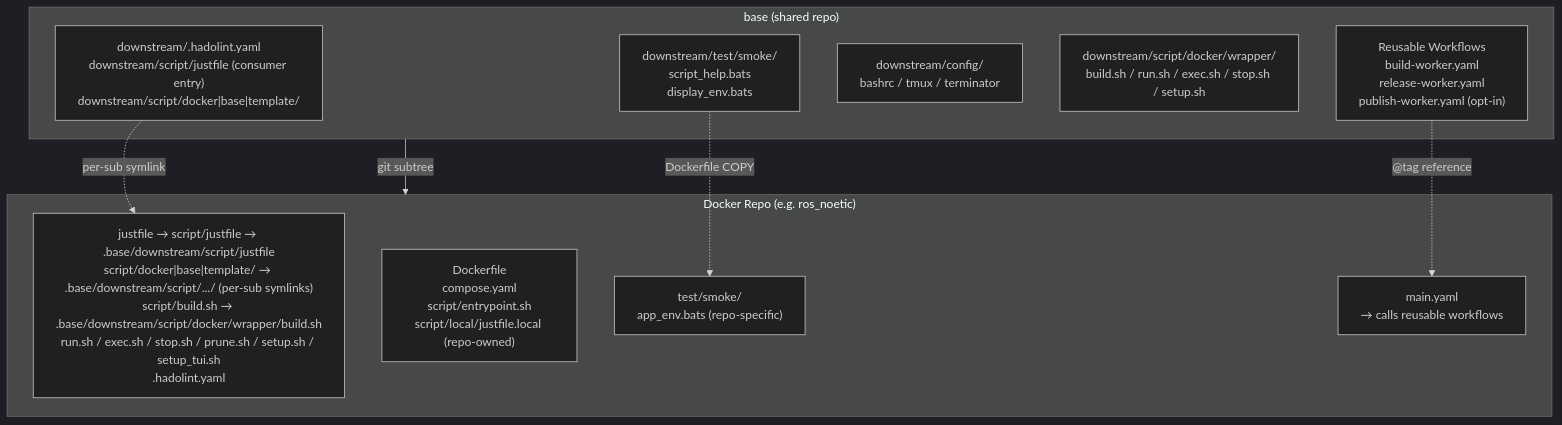
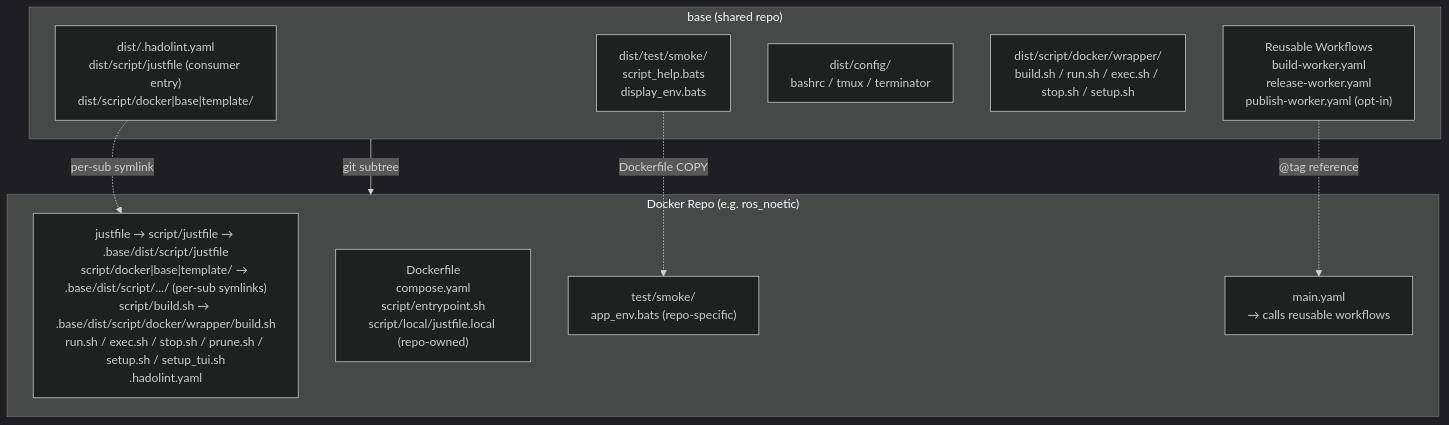
The first of 2 diagrams in README.md (ycpss91255-docker/base), drawn with Mermaid (dark theme) before and after one commit. The commit also changed other lines of this file and 137 other files, not shown here.

First line of the commit message:
refactor: rename downstream/ -> dist/ + lock domain glossary (closes #714) (#715)

````diff
--- a/README.md
+++ b/README.md
@@ -81,22 +81,22 @@
 ```mermaid
 graph TB
     subgraph base["base (shared repo)"]
-        scripts["downstream/.hadolint.yaml<br/>downstream/script/justfile (consumer entry)<br/>downstream/script/docker|base|template/"]
-        smoke["downstream/test/smoke/<br/>script_help.bats<br/>display_env.bats"]
-        config["downstream/config/<br/>bashrc / tmux / terminator"]
-        mgmt["downstream/script/docker/wrapper/<br/>build.sh / run.sh / exec.sh / stop.sh / setup.sh"]
+        scripts["dist/.hadolint.yaml<br/>dist/script/justfile (consumer entry)<br/>dist/script/docker|base|template/"]
+        smoke["dist/test/smoke/<br/>script_help.bats<br/>display_env.bats"]
+        config["dist/config/<br/>bashrc / tmux / terminator"]
+        mgmt["dist/script/docker/wrapper/<br/>build.sh / run.sh / exec.sh / stop.sh / setup.sh"]
         workflows["Reusable Workflows<br/>build-worker.yaml<br/>release-worker.yaml<br/>publish-worker.yaml (opt-in)"]
     end
 
     subgraph consumer["Docker Repo (e.g. ros_noetic)"]
-        symlinks["justfile → script/justfile → .base/downstream/script/justfile<br/>script/docker|base|template/ → .base/downstream/script/.../ (per-sub symlinks)<br/>script/build.sh → .base/downstream/script/docker/wrapper/build.sh<br/>run.sh / exec.sh / stop.sh / prune.sh / setup.sh / setup_tui.sh<br/>.hadolint.yaml"]
+        symlinks["justfile → script/justfile → .base/dist/script/justfile<br/>script/docker|base|template/ → .base/dist/script/.../ (per-sub symlinks)<br/>script/build.sh → .base/dist/script/docker/wrapper/build.sh<br/>run.sh / exec.sh / stop.sh / prune.sh / setup.sh / setup_tui.sh<br/>.hadolint.yaml"]
         dockerfile["Dockerfile<br/>compose.yaml<br/>script/entrypoint.sh<br/>script/local/justfile.local (repo-owned)"]
         repo_test["test/smoke/<br/>app_env.bats (repo-specific)"]
         main_yaml["main.yaml<br/>→ calls reusable workflows"]
     end
 
     base -- "git subtree" --> consumer
     scripts -. "per-sub symlink" .-> symlinks
     smoke -. "Dockerfile COPY" .-> repo_test
     workflows -. "@tag reference" .-> main_yaml
 ```
````
